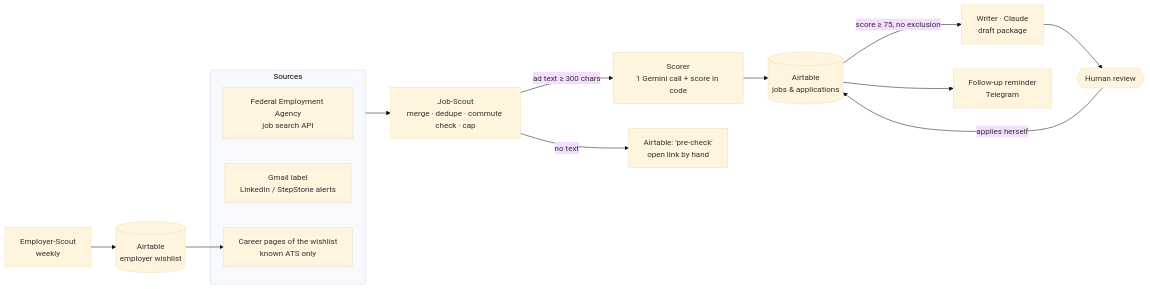
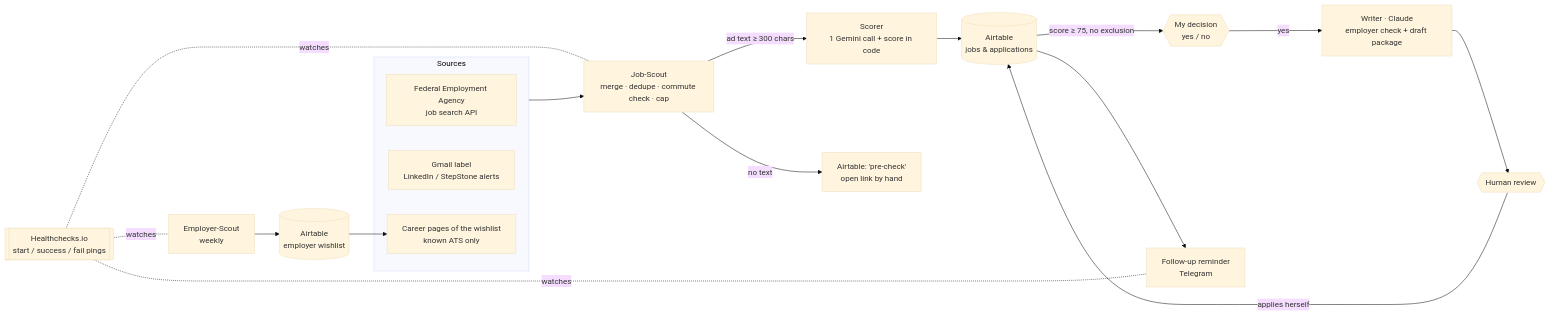
The diagram in README.md (dariiasichynska/jobsuche-agenten), drawn with Mermaid (base theme) before and after one commit. The commit also changed other lines of this file and 11 other files, not shown here.

````diff
--- a/README.md
+++ b/README.md
@@ -28,18 +29,22 @@
 ```mermaid
 flowchart LR
   subgraph SRC["Sources"]
     BA[Federal Employment Agency<br/>job search API]
     GM[Gmail label<br/>LinkedIn / StepStone alerts]
     WL[Career pages of the wishlist<br/>known ATS only]
   end
   SRC --> JS[Job-Scout<br/>merge · dedupe · commute check · cap]
   JS -->|ad text ≥ 300 chars| SC[Scorer<br/>1 Gemini call + score in code]
   JS -->|no text| PRE[Airtable: 'pre-check'<br/>open link by hand]
   SC --> AT[(Airtable<br/>jobs & applications)]
-  AT -->|score ≥ 75, no exclusion| WR[Writer · Claude<br/>draft package]
+  AT -->|score ≥ 75, no exclusion| DEC{{My decision<br/>yes / no}}
+  DEC -->|yes| WR[Writer · Claude<br/>employer check + draft package]
   WR --> HU{{Human review}}
   HU -->|applies herself| AT
   AT --> FU[Follow-up reminder<br/>Telegram]
   ES[Employer-Scout<br/>weekly] --> WLT[(Airtable<br/>employer wishlist)]
   WLT --> WL
+  HC[[Healthchecks.io<br/>start / success / fail pings]] -. watches .- JS
+  HC -. watches .- ES
+  HC -. watches .- FU
 ```
````
